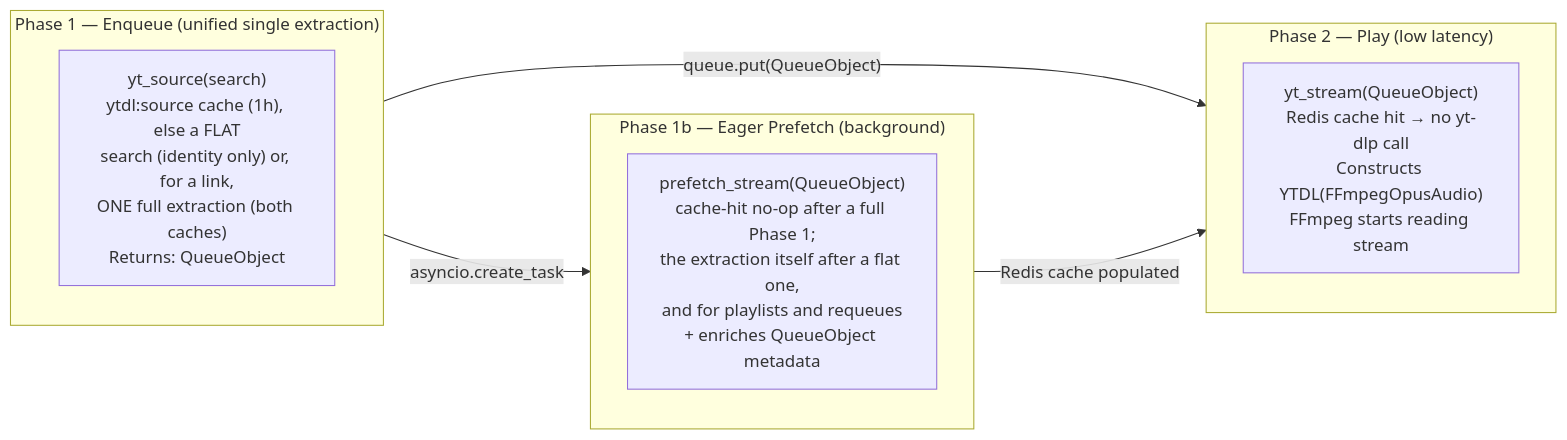
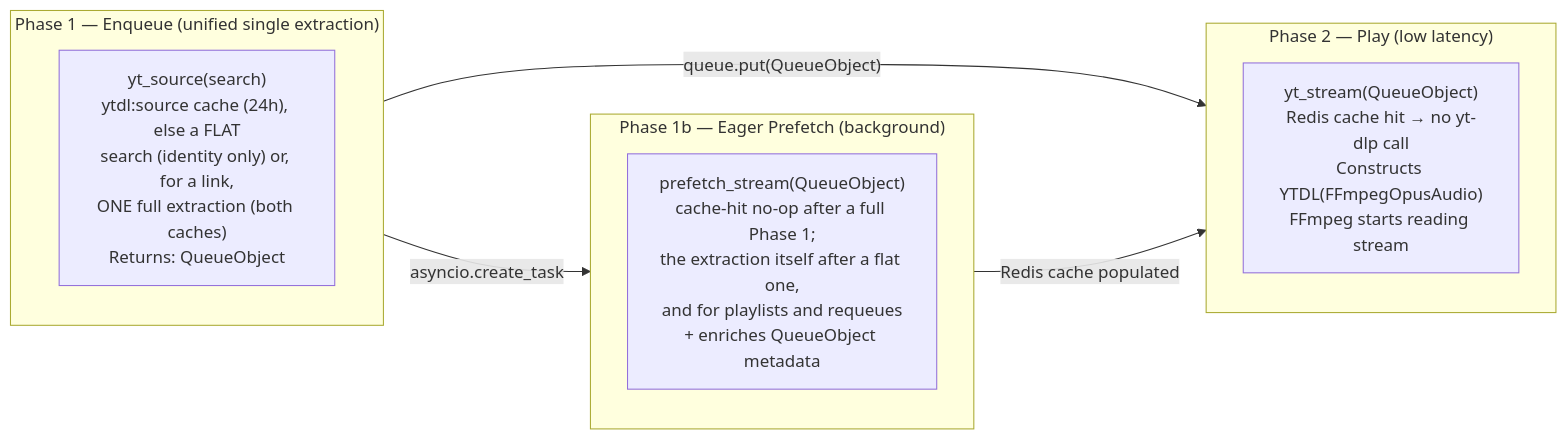
One commit to kawadeomkar/discord-music-bot changed the ninth of 15 diagrams in docs/ARCHITECTURE.md. Above: the diagram before and after it, drawn with Mermaid. The commit also changed other lines of this file and 3 other files, not shown here.

````diff
--- a/docs/ARCHITECTURE.md
+++ b/docs/ARCHITECTURE.md
@@ -555,18 +555,18 @@
 ```mermaid
 flowchart LR
     subgraph Phase1["Phase 1 — Enqueue (unified single extraction)"]
-        P1["yt_source(search)\nytdl:source cache (1h), else a FLAT\nsearch (identity only) or, for a link,\nONE full extraction (both caches)\nReturns: QueueObject"]
+        P1["yt_source(search)\nytdl:source cache (24h), else a FLAT\nsearch (identity only) or, for a link,\nONE full extraction (both caches)\nReturns: QueueObject"]
     end
 
     subgraph Phase1b["Phase 1b — Eager Prefetch (background)"]
         P1b["prefetch_stream(QueueObject)\ncache-hit no-op after a full Phase 1;\nthe extraction itself after a flat one,\nand for playlists and requeues\n+ enriches QueueObject metadata"]
     end
 
     subgraph Phase2["Phase 2 — Play (low latency)"]
         P2["yt_stream(QueueObject)\nRedis cache hit → no yt-dlp call\nConstructs YTDL(FFmpegOpusAudio)\nFFmpeg starts reading stream"]
     end
 
     Phase1 -->|"asyncio.create_task"| Phase1b
     Phase1 -->|"queue.put(QueueObject)"| Phase2
     Phase1b -->|"Redis cache populated"| Phase2
 ```
````
